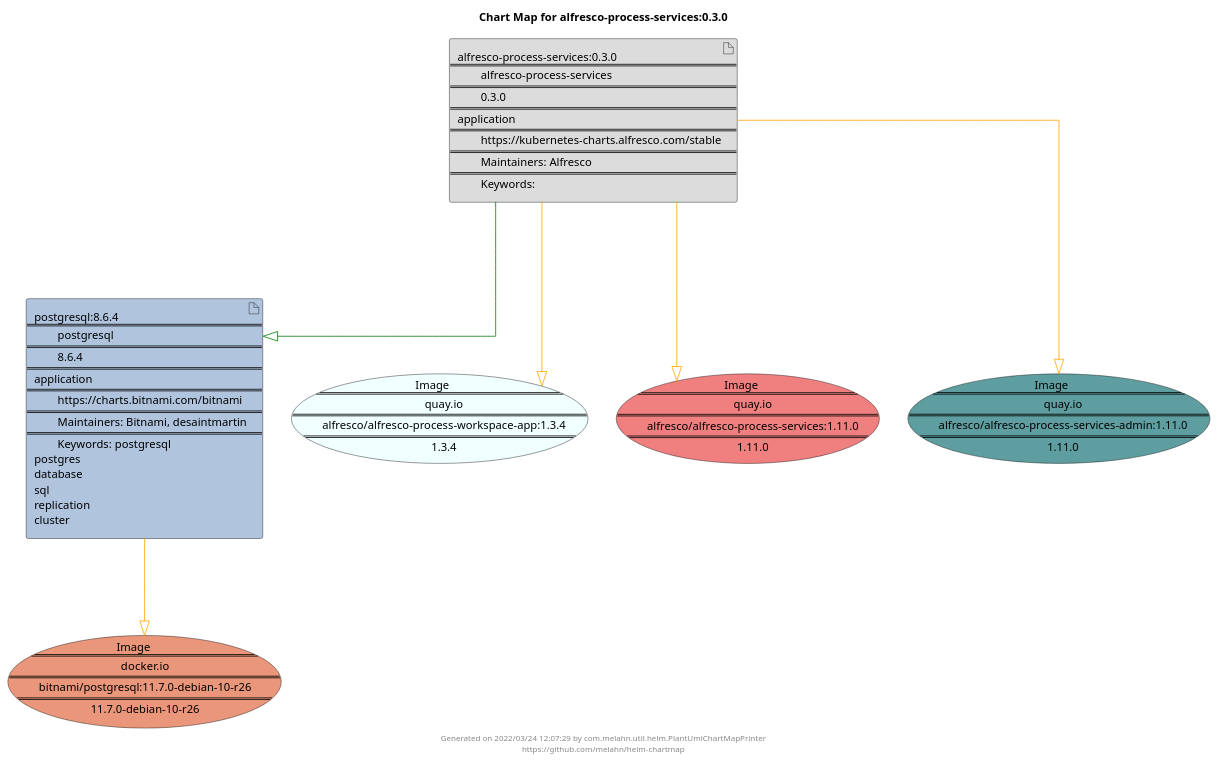
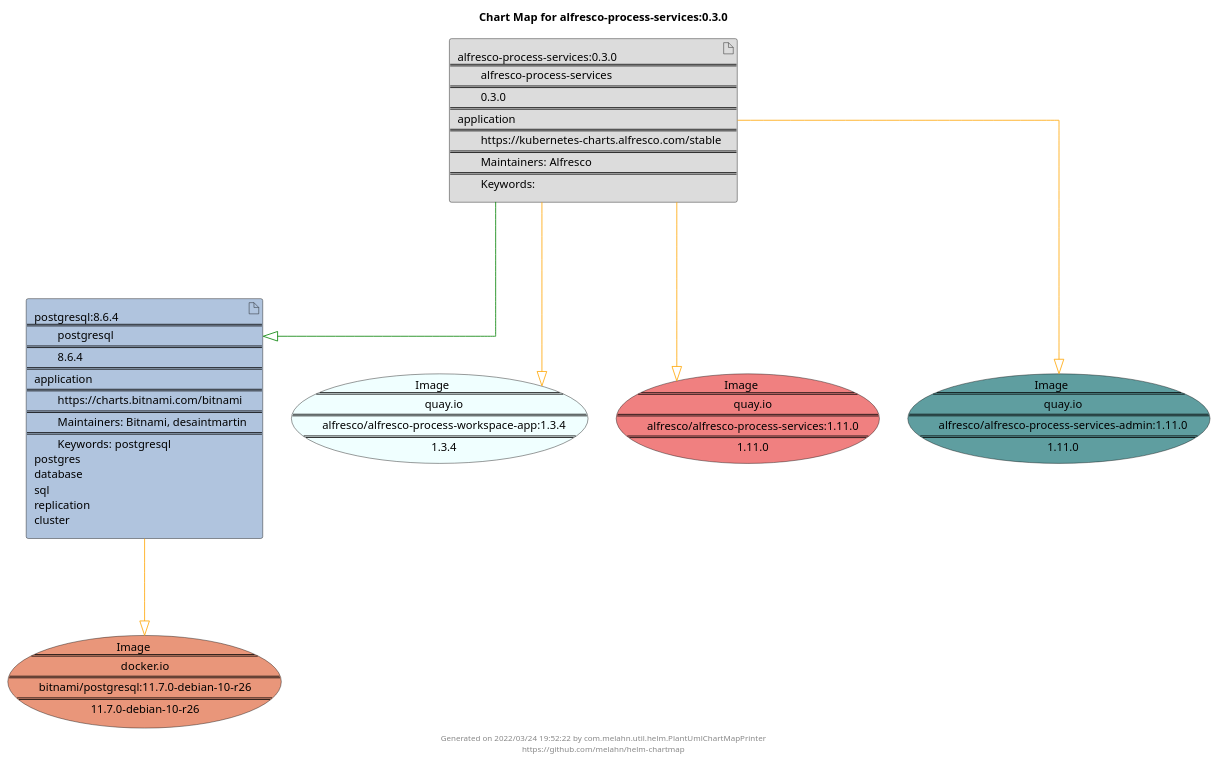
One commit to melahn/helm-chartmap changed the diagram in docs/alfresco-process-services/alfresco-process-services-0.3.0.puml. Above: the diagram before and after it, drawn with PlantUML. The commit also changed 55 other files, not shown here.

Commit message:
Update Example Chart Maps as part of GitHub build

```diff
--- a/docs/alfresco-process-services/alfresco-process-services-0.3.0.puml
+++ b/docs/alfresco-process-services/alfresco-process-services-0.3.0.puml
@@ -1,29 +1,29 @@
 @startuml
 skinparam linetype ortho
 skinparam backgroundColor white
 skinparam usecaseBorderColor black
 skinparam usecaseArrowColor LightSlateGray
 skinparam artifactBorderColor black
 skinparam artifactArrowColor LightSlateGray
 
 title Chart Map for alfresco-process-services:0.3.0
 
 'There are 2 referenced Helm Charts
 artifact "alfresco-process-services:0.3.0\n====\n\talfresco-process-services\n====\n\t0.3.0\n====\napplication\n====\n\thttps://kubernetes-charts.alfresco.com/stable\n====\n\tMaintainers: Alfresco\n====\n\tKeywords: " as alfresco_process_services_0_3_0 #Gainsboro
 artifact "postgresql:8.6.4\n====\n\tpostgresql\n====\n\t8.6.4\n====\napplication\n====\n\thttps://charts.bitnami.com/bitnami\n====\n\tMaintainers: Bitnami, desaintmartin\n====\n\tKeywords: postgresql\npostgres\ndatabase\nsql\nreplication\ncluster" as postgresql_8_6_4 #LightSteelBlue
 
 'There are 4 referenced Docker Images
 usecase "Image\n====\n\tquay.io\n====\n\talfresco/alfresco-process-workspace-app:1.3.4\n====\n\t1.3.4" as quay_io_alfresco_alfresco_process_workspace_app_1_3_4 #Azure
 usecase "Image\n====\n\tquay.io\n====\n\talfresco/alfresco-process-services:1.11.0\n====\n\t1.11.0" as quay_io_alfresco_alfresco_process_services_1_11_0 #LightCoral
 usecase "Image\n====\n\tquay.io\n====\n\talfresco/alfresco-process-services-admin:1.11.0\n====\n\t1.11.0" as quay_io_alfresco_alfresco_process_services_admin_1_11_0 #CadetBlue
 usecase "Image\n====\n\tdocker.io\n====\n\tbitnami/postgresql:11.7.0-debian-10-r26\n====\n\t11.7.0-debian-10-r26" as docker_io_bitnami_postgresql_11_7_0_debian_10_r26 #DarkSalmon
 
 'Chart Dependencies
 alfresco_process_services_0_3_0--[#green]-|>postgresql_8_6_4
 alfresco_process_services_0_3_0--[#orange]-|>quay_io_alfresco_alfresco_process_services_admin_1_11_0
 alfresco_process_services_0_3_0--[#orange]-|>quay_io_alfresco_alfresco_process_workspace_app_1_3_4
 alfresco_process_services_0_3_0--[#orange]-|>quay_io_alfresco_alfresco_process_services_1_11_0
 postgresql_8_6_4--[#orange]-|>docker_io_bitnami_postgresql_11_7_0_debian_10_r26
 
-center footer Generated on 2022/03/24 12:07:29 by com.melahn.util.helm.PlantUmlChartMapPrinter\nhttps://github.com/melahn/helm-chartmap
+center footer Generated on 2022/03/24 19:52:22 by com.melahn.util.helm.PlantUmlChartMapPrinter\nhttps://github.com/melahn/helm-chartmap
 @enduml
```
